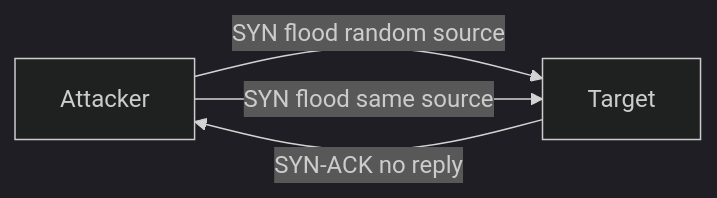
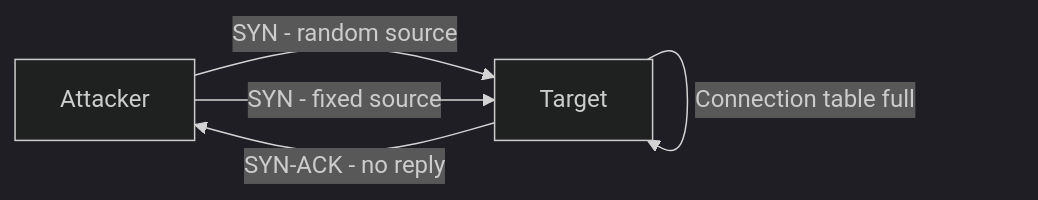
The diagram in docs/scripts/attacks/dos_syn_flood_hping3.md (Marc-Chamorro/virtual-network-threat-detection), drawn with Mermaid (dark theme) before and after one commit. The commit also changed other lines of this file and 26 other files, not shown here.

````diff
--- a/docs/scripts/attacks/dos_syn_flood_hping3.md
+++ b/docs/scripts/attacks/dos_syn_flood_hping3.md
@@ -71,6 +73,7 @@
 ```mermaid
 flowchart LR
-    Attacker -->|SYN flood random source| Target
-    Attacker -->|SYN flood same source| Target
-    Target -->|SYN-ACK no reply| Attacker
+    A[Attacker] -->|SYN - random source| T[Target]
+    A -->|SYN - fixed source| T
+    T -->|SYN-ACK - no reply| A
+    T -->|Connection table full| T
 ```
````
